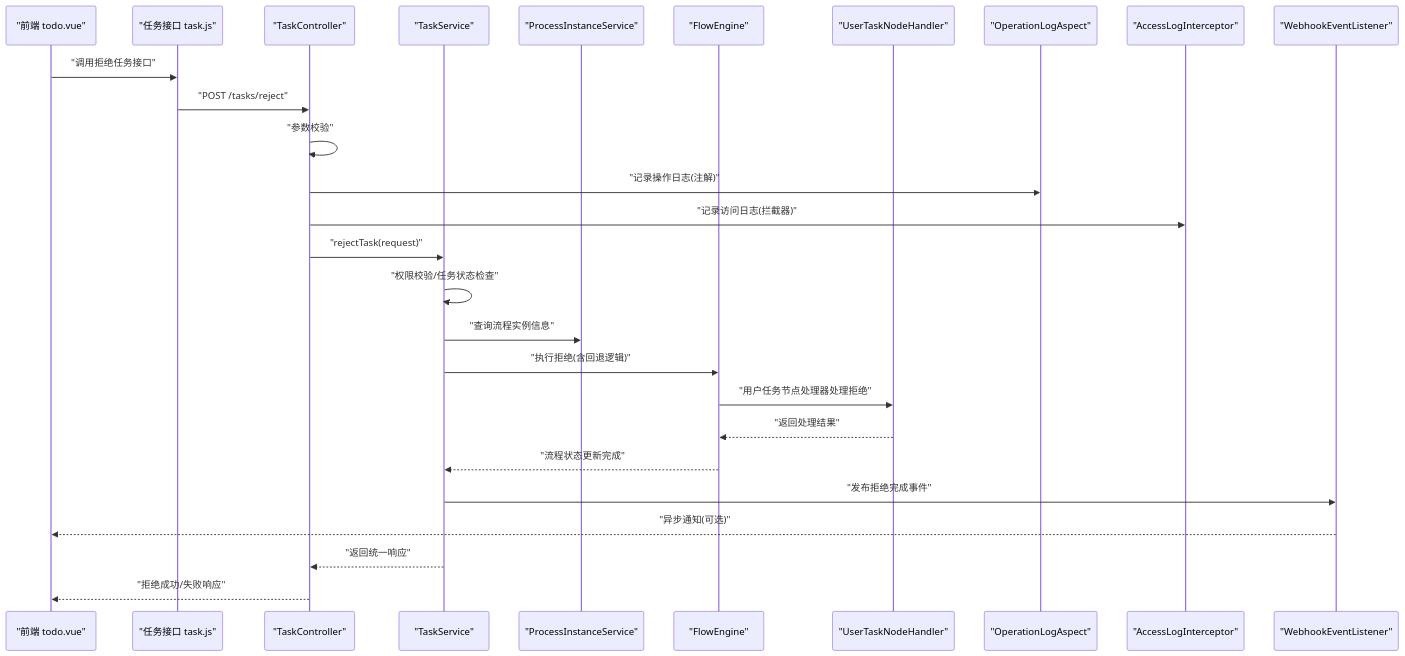
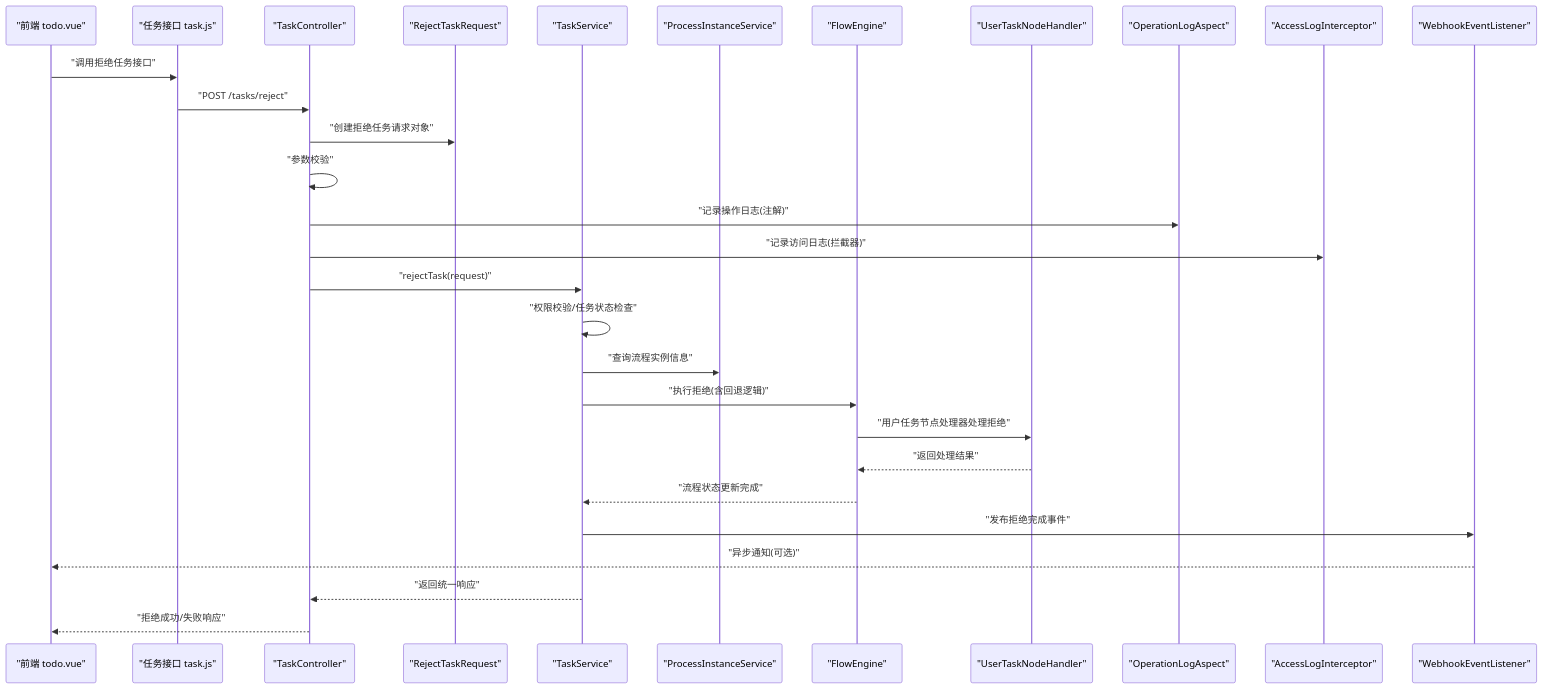
The second of 3 diagrams in .qoder/repowiki/zh/content/任务管理/任务操作处理/拒绝任务处理.md (liming-lihaini/workflow), drawn with Mermaid before and after one commit. The commit also changed other lines of this file and 57 other files, not shown here.

````diff
--- a/.qoder/repowiki/zh/content/任务管理/任务操作处理/拒绝任务处理.md
+++ b/.qoder/repowiki/zh/content/任务管理/任务操作处理/拒绝任务处理.md
@@ -118,29 +131,31 @@
 ```mermaid
 sequenceDiagram
 participant FE as "前端 todo.vue"
 participant API as "任务接口 task.js"
 participant CTRL as "TaskController"
+participant DTO as "RejectTaskRequest"
 participant SVC as "TaskService"
 participant PISVC as "ProcessInstanceService"
 participant ENG as "FlowEngine"
 participant UTH as "UserTaskNodeHandler"
 participant LOGA as "OperationLogAspect"
 participant ACCI as "AccessLogInterceptor"
 participant WHEV as "WebhookEventListener"
 FE->>API : "调用拒绝任务接口"
 API->>CTRL : "POST /tasks/reject"
+CTRL->>DTO : "创建拒绝任务请求对象"
 CTRL->>CTRL : "参数校验"
 CTRL->>LOGA : "记录操作日志(注解)"
 CTRL->>ACCI : "记录访问日志(拦截器)"
 CTRL->>SVC : "rejectTask(request)"
 SVC->>SVC : "权限校验/任务状态检查"
 SVC->>PISVC : "查询流程实例信息"
 SVC->>ENG : "执行拒绝(含回退逻辑)"
 ENG->>UTH : "用户任务节点处理器处理拒绝"
 UTH-->>ENG : "返回处理结果"
 ENG-->>SVC : "流程状态更新完成"
 SVC->>WHEV : "发布拒绝完成事件"
 WHEV-->>FE : "异步通知(可选)"
 SVC-->>CTRL : "返回统一响应"
 CTRL-->>FE : "拒绝成功/失败响应"
 ```
````
